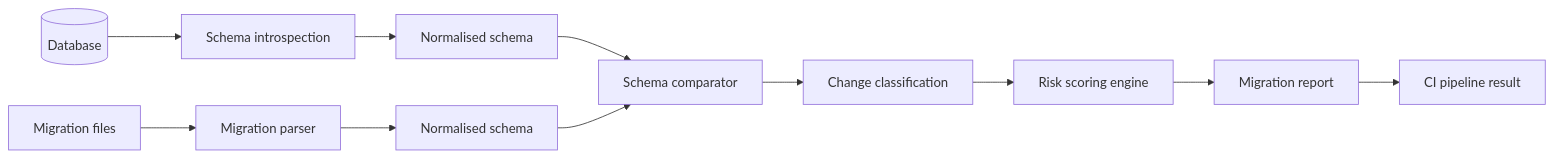
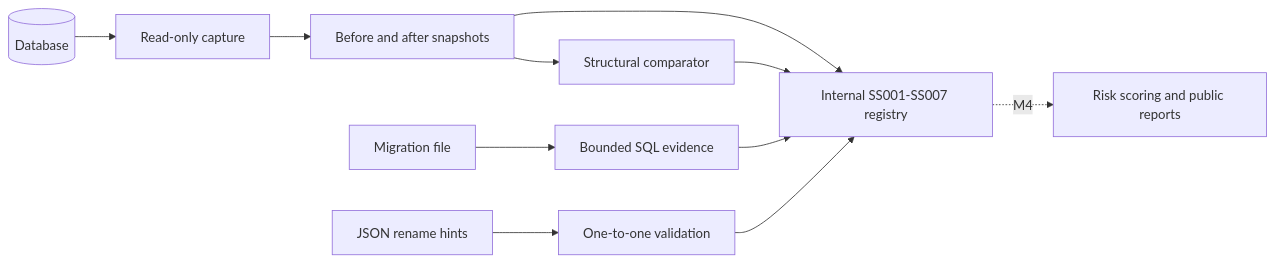
One commit to Shellghostt/SchemaSentry changed the diagram in docs/ARCHITECTURE.md. Above: the diagram before and after it, drawn with Mermaid. The commit also changed other lines of this file and 6 other files, not shown here.

Commit message:
docs(m3): record classification validation and local completion

````diff
--- a/docs/ARCHITECTURE.md
+++ b/docs/ARCHITECTURE.md
@@ -19,13 +21,13 @@
 ```mermaid
 flowchart LR
-    DB[(Database)] --> INTRO[Schema introspection]
-    MIG[Migration files] --> PARSE[Migration parser]
-    INTRO --> NORM[Normalised schema]
-    PARSE --> NORM2[Normalised schema]
-    NORM --> CMP[Schema comparator]
-    NORM2 --> CMP
-    CMP --> CLASS[Change classification]
-    CLASS --> RISK[Risk scoring engine]
-    RISK --> REP[Migration report]
-    REP --> CI[CI pipeline result]
+    DB[(Database)] --> INTRO[Read-only capture]
+    INTRO --> SNAP[Before and after snapshots]
+    SNAP --> CMP[Structural comparator]
+    SNAP --> CLASS[Internal SS001-SS007 registry]
+    CMP --> CLASS
+    MIG[Migration file] --> PARSE[Bounded SQL evidence]
+    PARSE --> CLASS
+    HINT[JSON rename hints] --> VALIDATE[One-to-one validation]
+    VALIDATE --> CLASS
+    CLASS -. M4 .-> RISK[Risk scoring and public reports]
 ```
````
